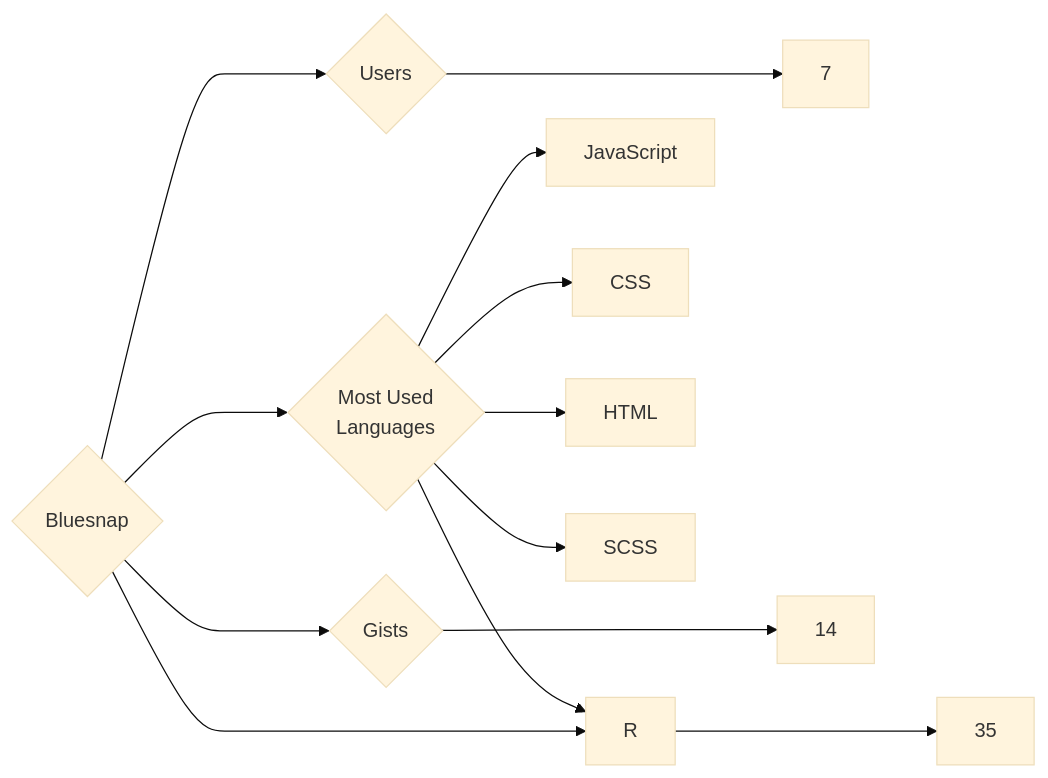
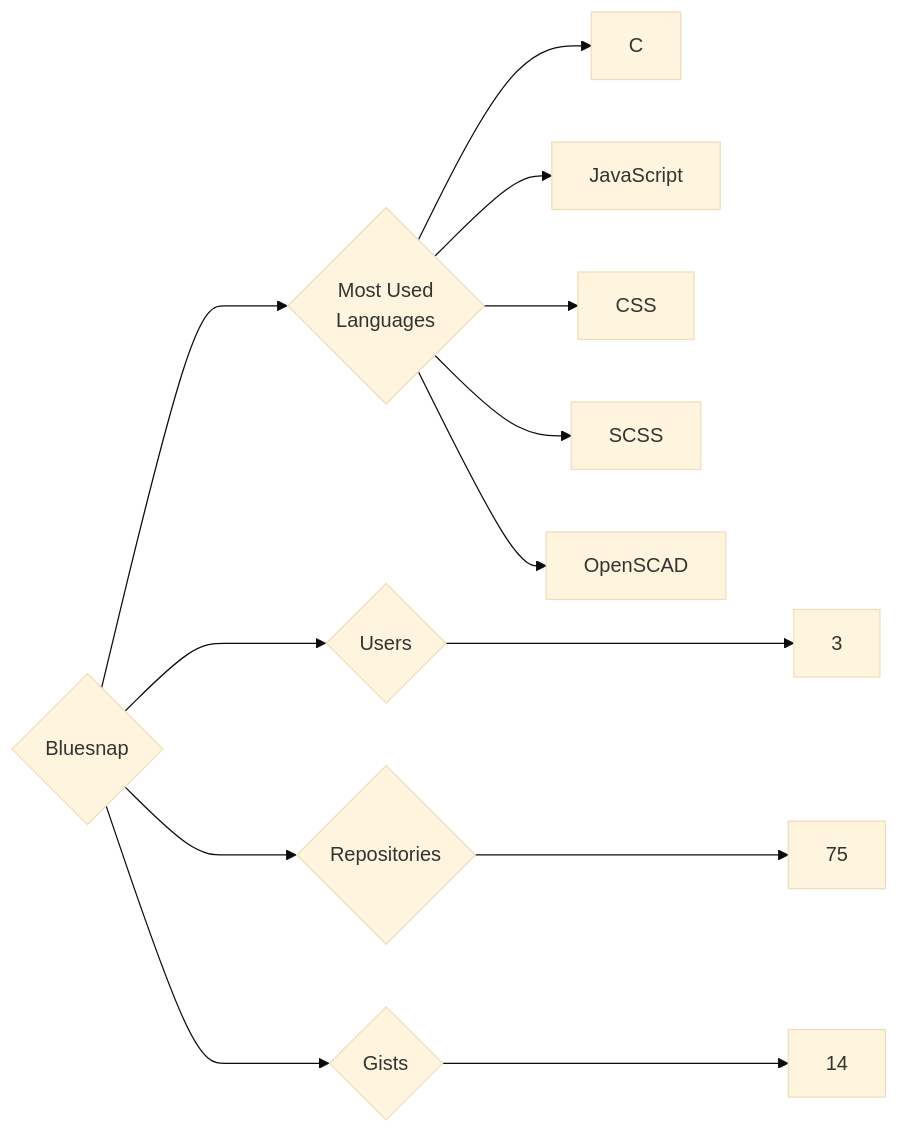
Before and after one commit to trickest/insiders: the diagram in targets/Bluesnap/README.md, drawn with Mermaid (base theme). The commit also changed 676 other files, not shown here.

````diff
--- a/targets/Bluesnap/README.md
+++ b/targets/Bluesnap/README.md
@@ -3,13 +3,13 @@
 ```mermaid
 graph LR
 COMPANY_NAME{Bluesnap}
-COMPANY_NAME ---> U{Users} ---> UN[7]
-COMPANY_NAME ---> R{Repositories} ---> RN[35]
+COMPANY_NAME ---> U{Users} ---> UN[3]
+COMPANY_NAME ---> R{Repositories} ---> RN[75]
 COMPANY_NAME ---> G{Gists} ---> GN[14]
 COMPANY_NAME ---> ML{Most Used<br>Languages}
+ML --> C[C]
 ML --> JavaScript[JavaScript]
 ML --> CSS[CSS]
-ML --> R[R]
-ML --> HTML[HTML]
 ML --> SCSS[SCSS]
+ML --> OpenSCAD[OpenSCAD]
 ```
````
